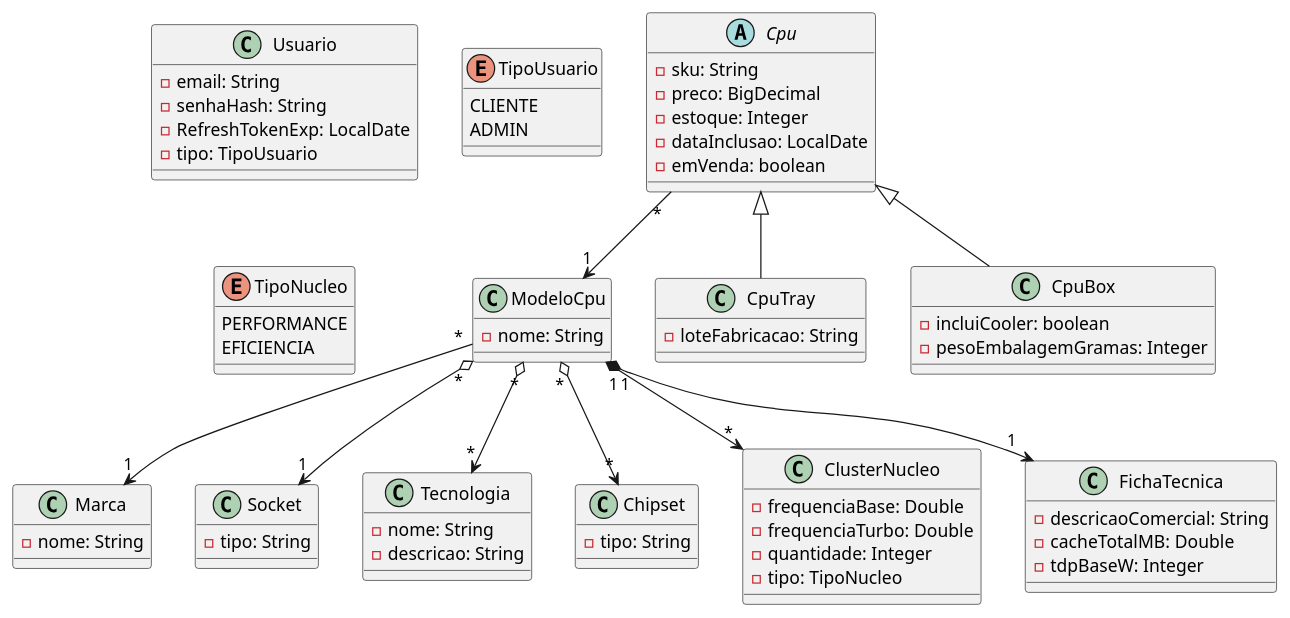
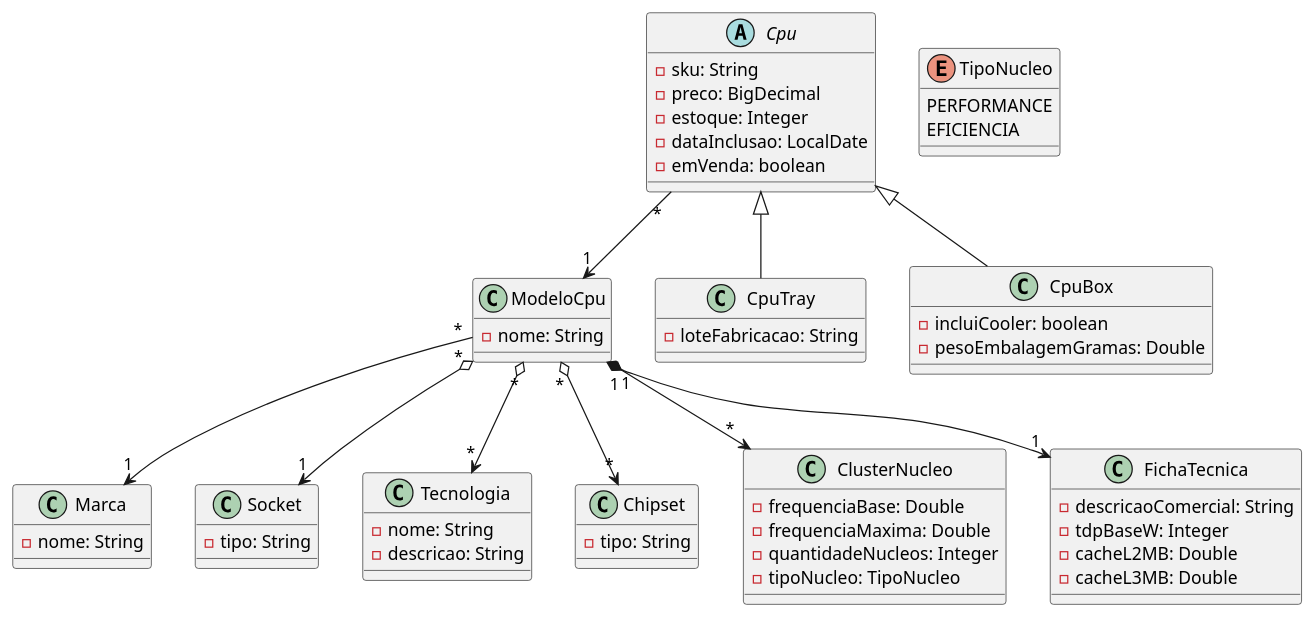
The diagram in docs/diagrama-classe.puml (VictorAlexandreBM/topicos2-cpu), drawn with PlantUML before and after one commit. The commit also changed 3 other files, not shown here.

Commit message:
feat: atualiza diagramas e adiciona diagrama de caso de uso

```diff
--- a/docs/diagrama-classe.puml
+++ b/docs/diagrama-classe.puml
@@ -1,79 +1,69 @@
 @startuml
-class Usuario {
-    - email: String
-    - senhaHash: String
-    - RefreshTokenExp: LocalDate
-    - tipo: TipoUsuario
-}
-
-enum TipoUsuario {
-    CLIENTE
-    ADMIN
-}
 class Marca {
     - nome: String
 }
 
 class Socket {
     - tipo: String
 }
 
 class Tecnologia {
     - nome: String
     - descricao: String
 }
 
 class Chipset {
     - tipo: String
 }
 
 class ModeloCpu {
     - nome: String
 }
 
 abstract class Cpu {
     - sku: String
     - preco: BigDecimal
     - estoque: Integer
     - dataInclusao: LocalDate
     - emVenda: boolean
 }
 
 class CpuTray {
     - loteFabricacao: String
 }
 
 class CpuBox {
     - incluiCooler: boolean
-    - pesoEmbalagemGramas: Integer
+    - pesoEmbalagemGramas: Double
 }
 
 class ClusterNucleo {
     - frequenciaBase: Double
-    - frequenciaTurbo: Double
-    - quantidade: Integer
-    - tipo: TipoNucleo
+    - frequenciaMaxima: Double
+    - quantidadeNucleos: Integer
+    - tipoNucleo: TipoNucleo
 }
 
 enum TipoNucleo {
     PERFORMANCE
     EFICIENCIA
 }
 
 class FichaTecnica {
     - descricaoComercial: String
-    - cacheTotalMB: Double
     - tdpBaseW: Integer
+    - cacheL2MB: Double
+    - cacheL3MB: Double
 }
 
 Cpu "*" --> "1" ModeloCpu
 Cpu <|-- CpuBox
 Cpu <|-- CpuTray
 ModeloCpu "1" *--> "1" FichaTecnica
 ModeloCpu "*" o--> "*" Chipset
 ModeloCpu "*" o--> "*" Tecnologia
 ModeloCpu "*" o--> "1" Socket
 ModeloCpu "*" --> "1" Marca
 ModeloCpu "1" *--> "*" ClusterNucleo
 
 @enduml
```
